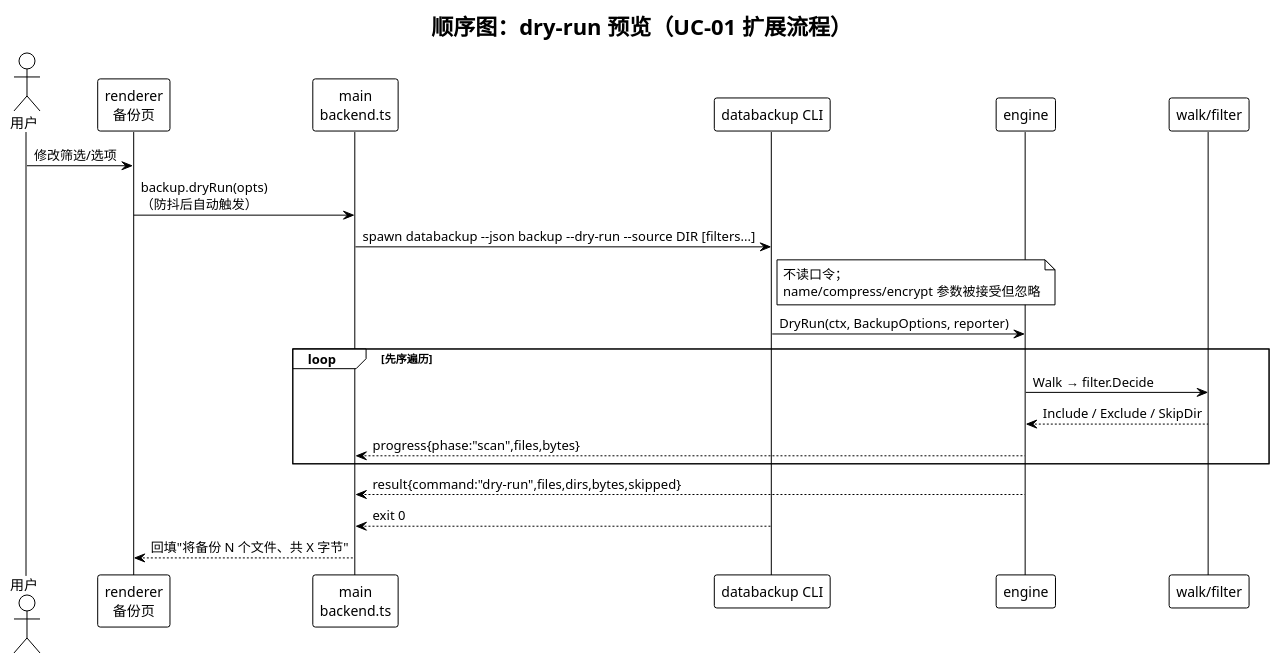
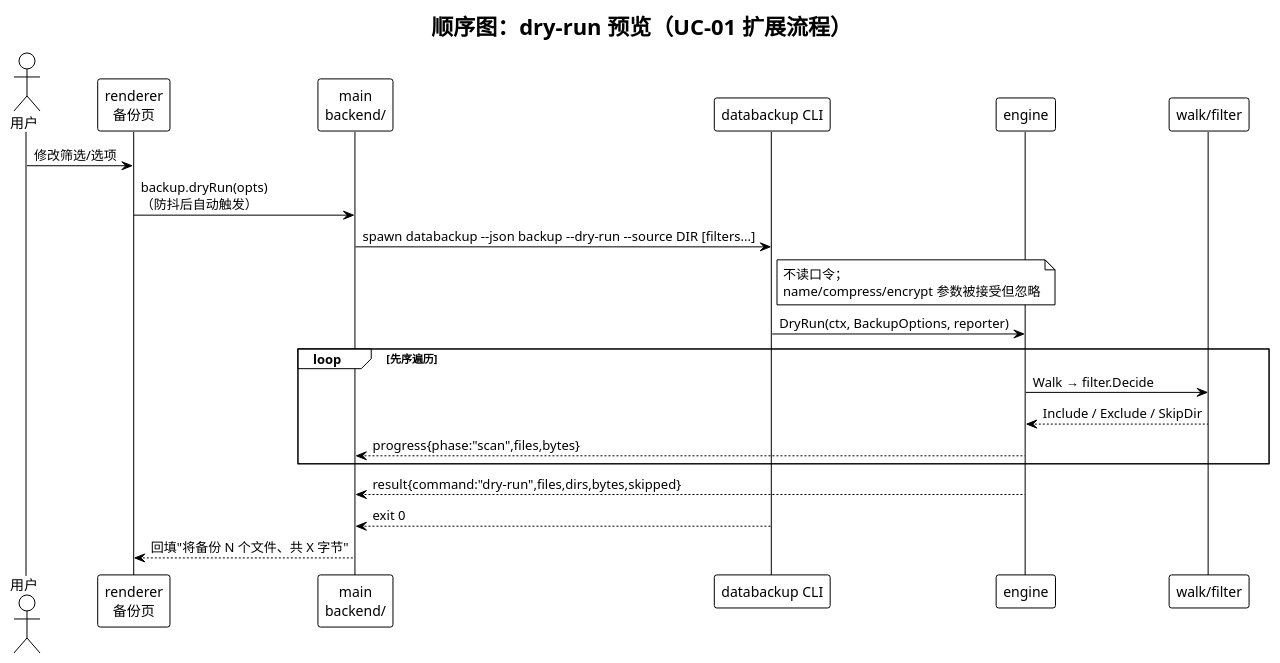
The diagram in docs/deliverables/diagrams/seq-dry-run.puml (Piaoxuemoli/software-class-qoobeewang), drawn with PlantUML before and after one commit. The commit also changed 16 other files, not shown here.

```diff
--- a/docs/deliverables/diagrams/seq-dry-run.puml
+++ b/docs/deliverables/diagrams/seq-dry-run.puml
@@ -1,25 +1,25 @@
 @startuml seq-dry-run
 !theme plain
 title 顺序图：dry-run 预览（UC-01 扩展流程）
 
 actor 用户 as U
 participant "renderer\n备份页" as R
-participant "main\nbackend.ts" as M
+participant "main\nbackend/" as M
 participant "databackup CLI" as C
 participant "engine" as E
 participant "walk/filter" as W
 
 U -> R : 修改筛选/选项
 R -> M : backup.dryRun(opts)\n（防抖后自动触发）
 M -> C : spawn databackup ~--json backup ~--dry-run ~--source DIR [filters...]
 note right of C : 不读口令；\nname/compress/encrypt 参数被接受但忽略
 C -> E : DryRun(ctx, BackupOptions, reporter)
 loop 先序遍历
   E -> W : Walk → filter.Decide
   W --> E : Include / Exclude / SkipDir
   E --> M : progress{phase:"scan",files,bytes}
 end
 E --> M : result{command:"dry-run",files,dirs,bytes,skipped}
 C --> M : exit 0
 M --> R : 回填"将备份 N 个文件、共 X 字节"
 @enduml
```
